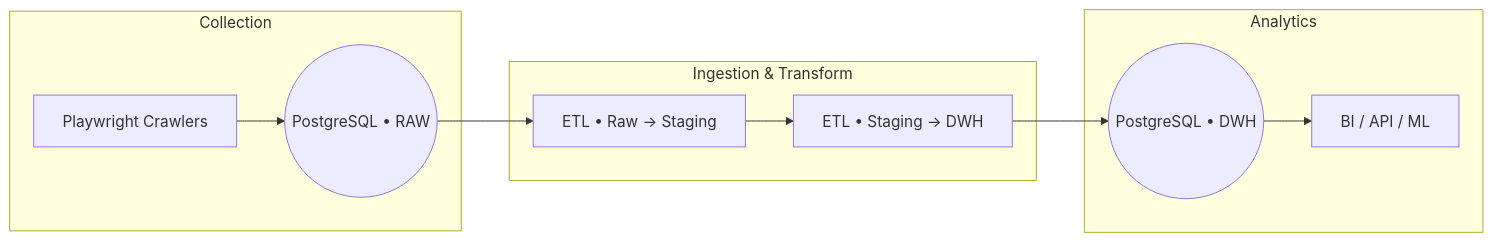
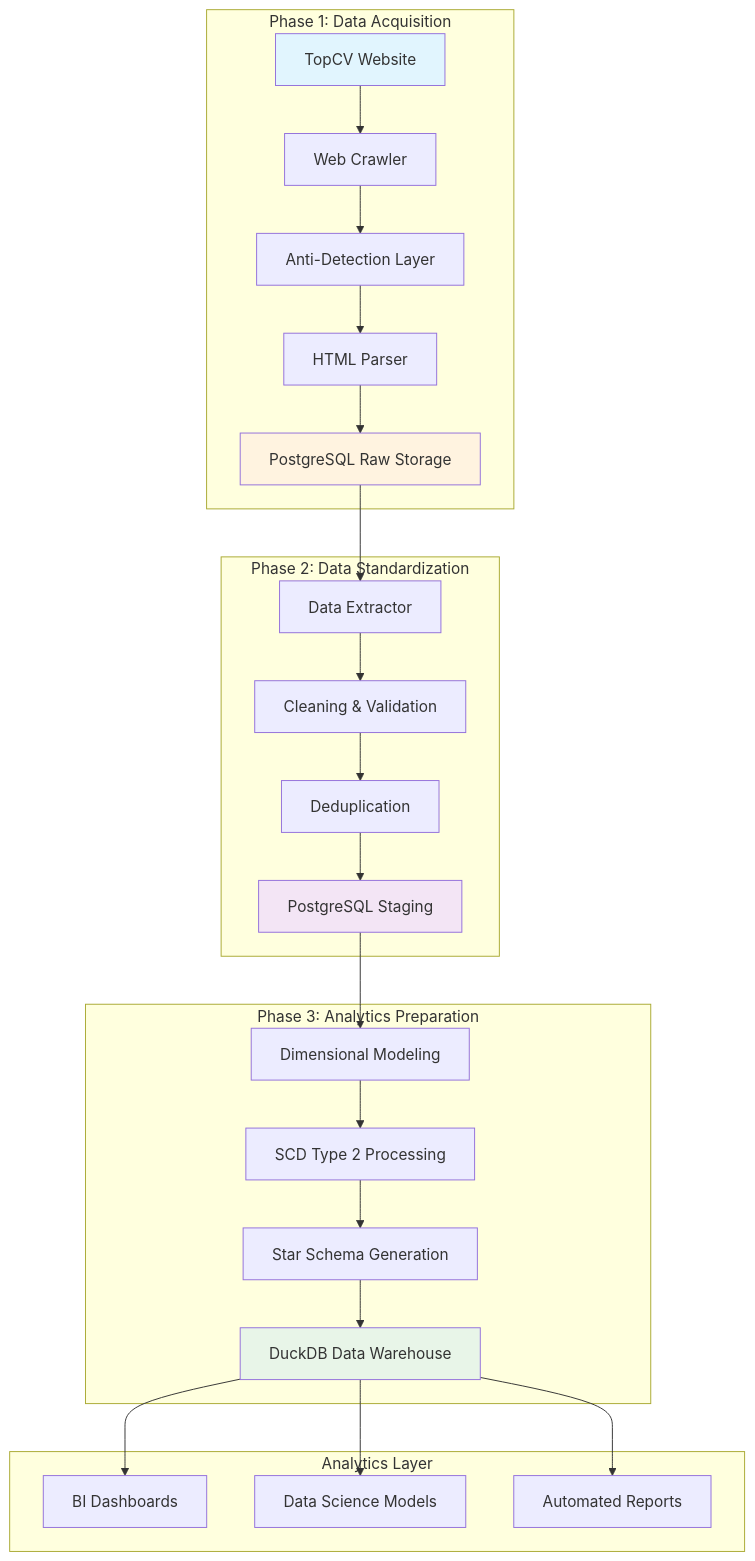
The diagram in README.md (Trantuan24/JobInsight_Data_Pipeline), drawn with Mermaid before and after one commit. The commit also changed other lines of this file and 38 other files, not shown here.

````diff
--- a/README.md
+++ b/README.md
@@ -12,14 +51,34 @@
 ```mermaid
-flowchart LR
-    subgraph Collection
-        A[Playwright Crawlers] --> B((PostgreSQL • RAW))
+graph TD
+    subgraph "Phase 1: Data Acquisition"
+        A[TopCV Website] --> B[Web Crawler]
+        B --> C[Anti-Detection Layer]
+        C --> D[HTML Parser]
+        D --> E[PostgreSQL Raw Storage]
     end
-    subgraph Ingestion & Transform
-        B --> C[ETL • Raw → Staging]
-        C --> D[ETL • Staging → DWH]
+
+    subgraph "Phase 2: Data Standardization"
+        E --> F[Data Extractor]
+        F --> G[Cleaning & Validation]
+        G --> H[Deduplication]
+        H --> I[PostgreSQL Staging]
     end
-    subgraph Analytics
-        D --> E((PostgreSQL • DWH))
-        E --> F[BI / API / ML]
+
+    subgraph "Phase 3: Analytics Preparation"
+        I --> J[Dimensional Modeling]
+        J --> K[SCD Type 2 Processing]
+        K --> L[Star Schema Generation]
+        L --> M[DuckDB Data Warehouse]
     end
+
+    subgraph "Analytics Layer"
+        M --> N[BI Dashboards]
+        M --> O[Data Science Models]
+        M --> P[Automated Reports]
+    end
+
+    style A fill:#e1f5fe
+    style E fill:#fff3e0
+    style I fill:#f3e5f5
+    style M fill:#e8f5e8
 ```
````
